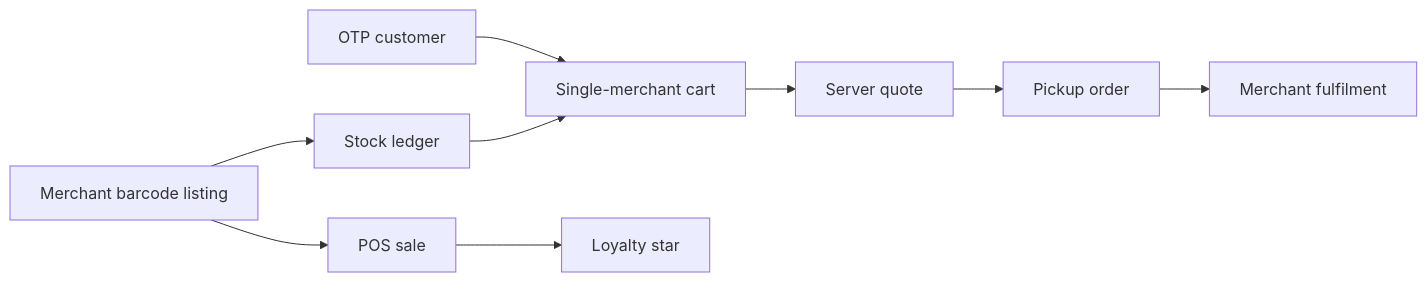
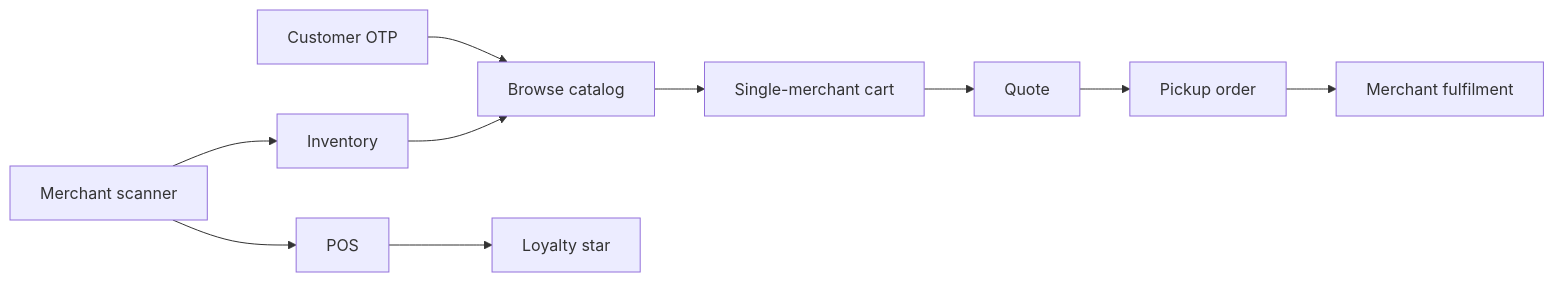
Before and after one commit to thrinnadhh/Mypetnew: the second of 2 diagrams in docs/sprints/SPRINT_PLAN.md, drawn with Mermaid. The commit also changed other lines of this file, not shown here.

````diff
--- a/docs/sprints/SPRINT_PLAN.md
+++ b/docs/sprints/SPRINT_PLAN.md
@@ -75,11 +75,12 @@
 ```mermaid
 flowchart LR
-    OTP["OTP customer"] --> Cart["Single-merchant cart"]
-    Scan["Merchant barcode listing"] --> Stock["Stock ledger"]
-    Stock --> Cart
-    Cart --> Quote["Server quote"]
+    OTP["Customer OTP"] --> Catalog["Browse catalog"]
+    Catalog --> Cart["Single-merchant cart"]
+    Scan["Merchant scanner"] --> Inventory["Inventory"]
+    Inventory --> Catalog
+    Cart --> Quote["Quote"]
     Quote --> Order["Pickup order"]
-    Order --> Fulfil["Merchant fulfilment"]
-    Scan --> POS["POS sale"]
-    POS --> Star["Loyalty star"]
+    Order --> Merchant["Merchant fulfilment"]
+    Scan --> POS["POS"]
+    POS --> Loyalty["Loyalty star"]
 ```
````
